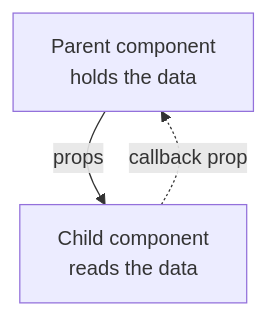
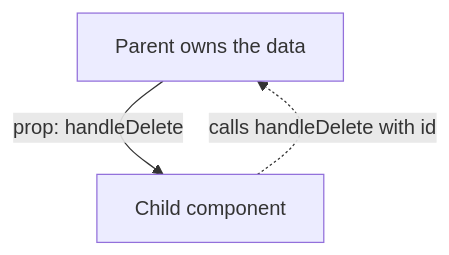
The fifth of 10 diagrams in arguments/chapters/01-fundamentals.md (BabaScience/react-guides), drawn with Mermaid before and after one commit. The commit also changed other lines of this file and 46 other files, not shown here.

````diff
--- a/arguments/chapters/01-fundamentals.md
+++ b/arguments/chapters/01-fundamentals.md
@@ -293,5 +522,5 @@
 ```mermaid
 graph TD
-    Parent[Parent component<br/>holds the data] -->|props| Child[Child component<br/>reads the data]
-    Child -.->|callback prop| Parent
+    Parent[Parent owns the data] -->|prop: handleDelete| Child[Child component]
+    Child -.->|calls handleDelete with id| Parent
 ```
````
